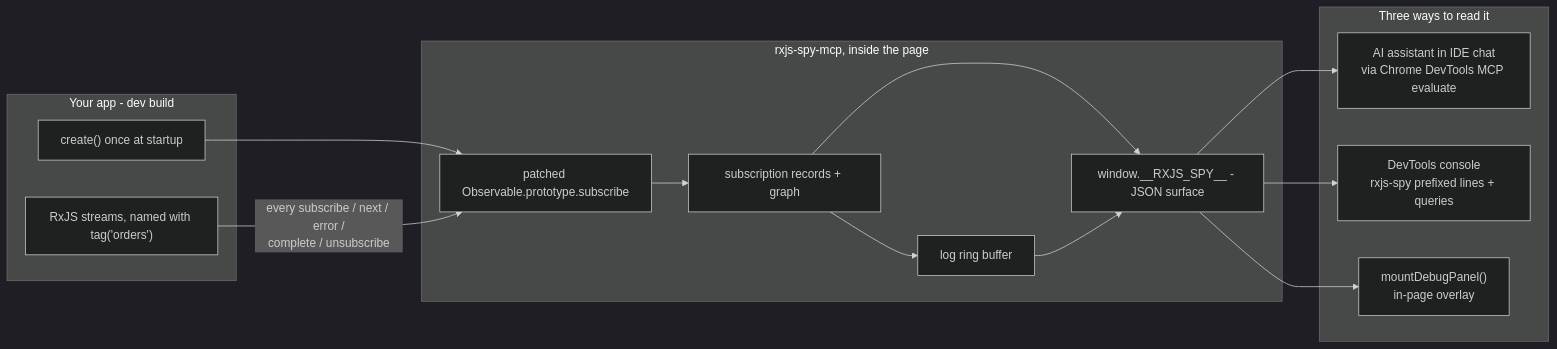
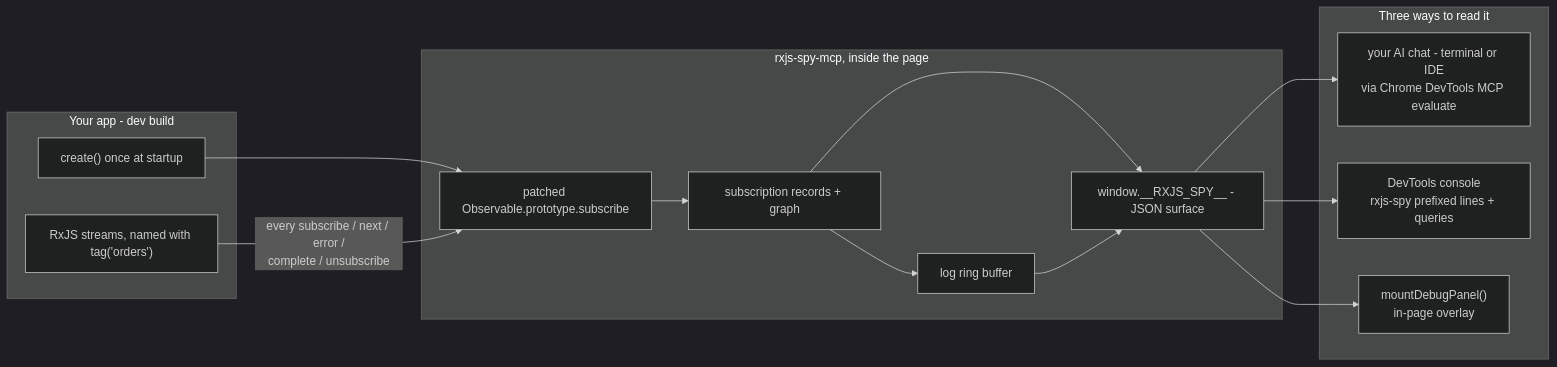
The first of 3 diagrams in docs/rxjs-spy-mcp-explained.md (hansschenker/rxjs-spy-mcp), drawn with Mermaid (dark theme) before and after one commit. The commit also changed other lines of this file and 2 other files, not shown here.

First line of the commit message:
docs: anatomy-of-one-call walkthrough; rename IDE chat to AI chat

````diff
--- a/docs/rxjs-spy-mcp-explained.md
+++ b/docs/rxjs-spy-mcp-explained.md
@@ -26,27 +26,27 @@
 ```mermaid
 flowchart LR
     subgraph app["Your app - dev build"]
         create["create() once at startup"]
         code["RxJS streams, named with tag('orders')"]
     end
     subgraph spy["rxjs-spy-mcp, inside the page"]
         patch["patched Observable.prototype.subscribe"]
         records["subscription records + graph"]
         buffer["log ring buffer"]
         surface["window.__RXJS_SPY__ - JSON surface"]
     end
     subgraph readers["Three ways to read it"]
-        agent["AI assistant in IDE chat<br/>via Chrome DevTools MCP evaluate"]
+        agent["your AI chat - terminal or IDE<br/>via Chrome DevTools MCP evaluate"]
         console["DevTools console<br/>rxjs-spy prefixed lines + queries"]
         panel["mountDebugPanel()<br/>in-page overlay"]
     end
     create --> patch
     code -- "every subscribe / next / error /<br/>complete / unsubscribe" --> patch
     patch --> records
     records --> buffer
     records --> surface
     buffer --> surface
     surface --> agent
     surface --> console
     surface --> panel
 ```
````
